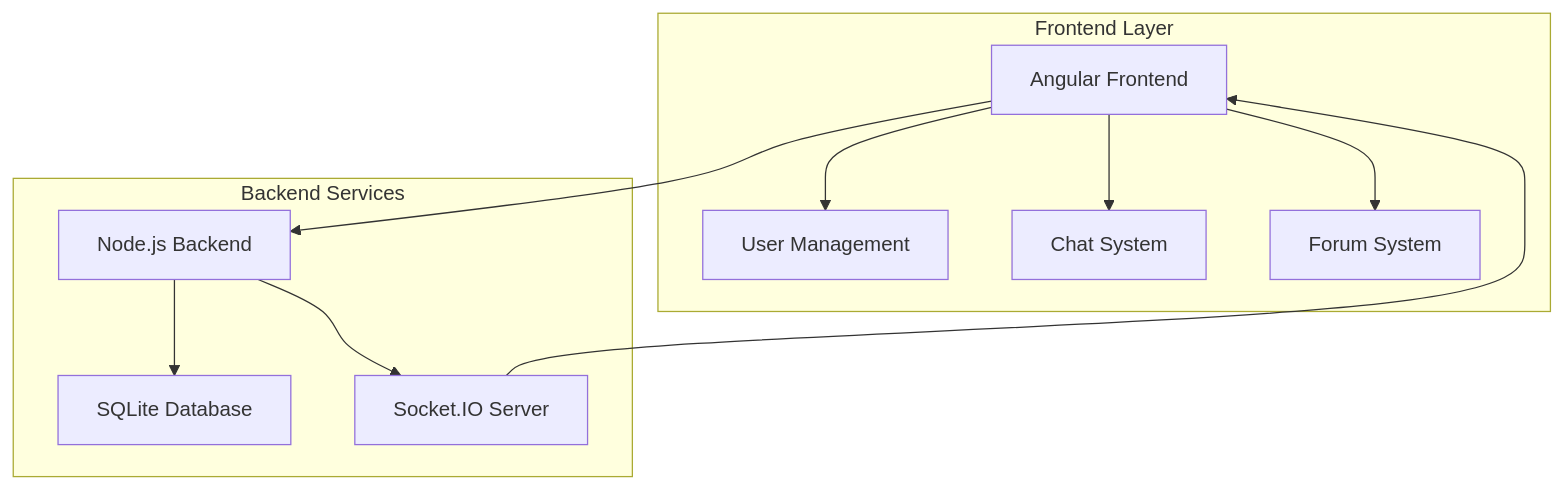
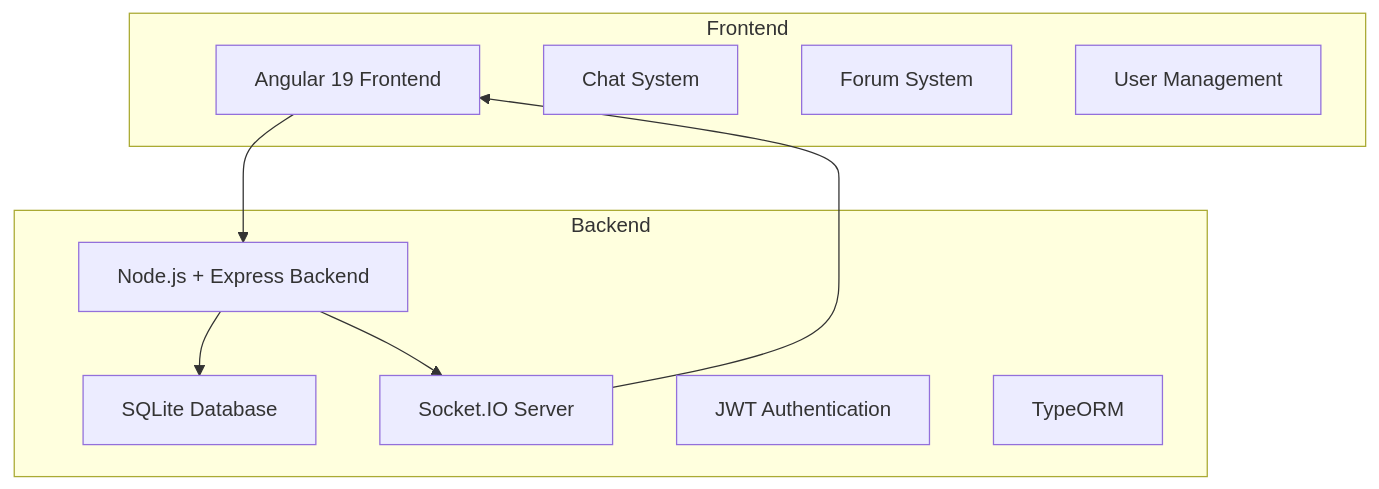
Before and after one commit to wmakeouthill/wmakeouthill.github.io: the first of 5 diagrams in portfolio/public/assets/portfolio_md/README - AA_Space.md, drawn with Mermaid. The commit also changed other lines of this file and 9 other files, not shown here.

````diff
--- a/portfolio/public/assets/portfolio_md/README - AA_Space.md
+++ b/portfolio/public/assets/portfolio_md/README - AA_Space.md
@@ -18,24 +18,23 @@
 ```mermaid
-%%{title: "Arquitetura Geral do Sistema AA Space"}%%
+%%{title: "Arquitetura Geral do AA_Space"}%%
 graph TB
-    A[Angular Frontend] --> B[Node.js Backend]
+    A[Angular 19 Frontend] --> B[Node.js + Express Backend]
     B --> C[SQLite Database]
     B --> D[Socket.IO Server]
     D --> A
-    A --> E[User Management]
-    A --> F[Chat System]
-    A --> G[Forum System]
     
-    subgraph "Frontend Layer"
+    subgraph "Frontend"
         A
-        E
-        F
-        G
+        E[Chat System]
+        F[Forum System]
+        G[User Management]
     end
     
-    subgraph "Backend Services"
+    subgraph "Backend"
         B
         C
         D
+        H[JWT Authentication]
+        I[TypeORM]
     end
 ```
````
